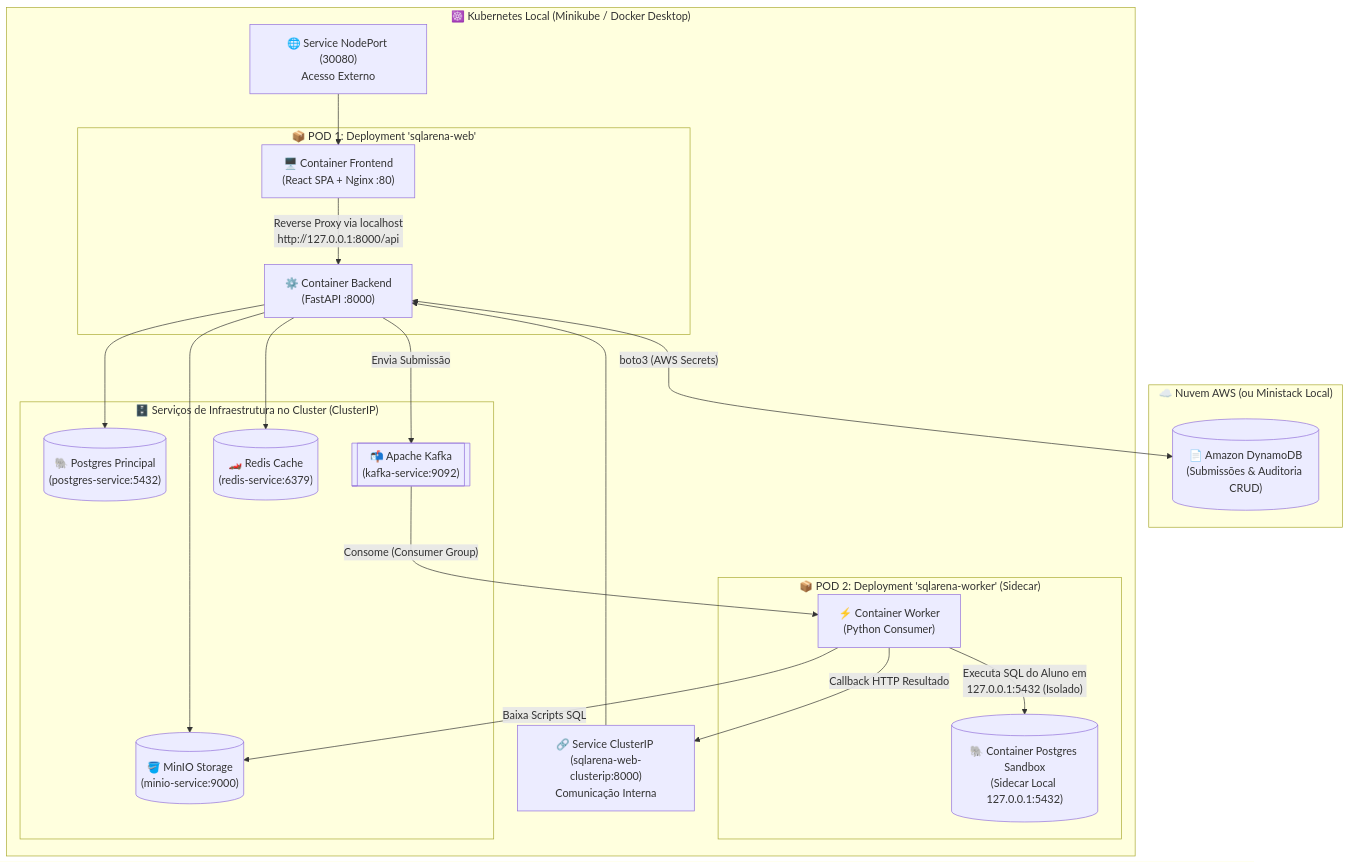
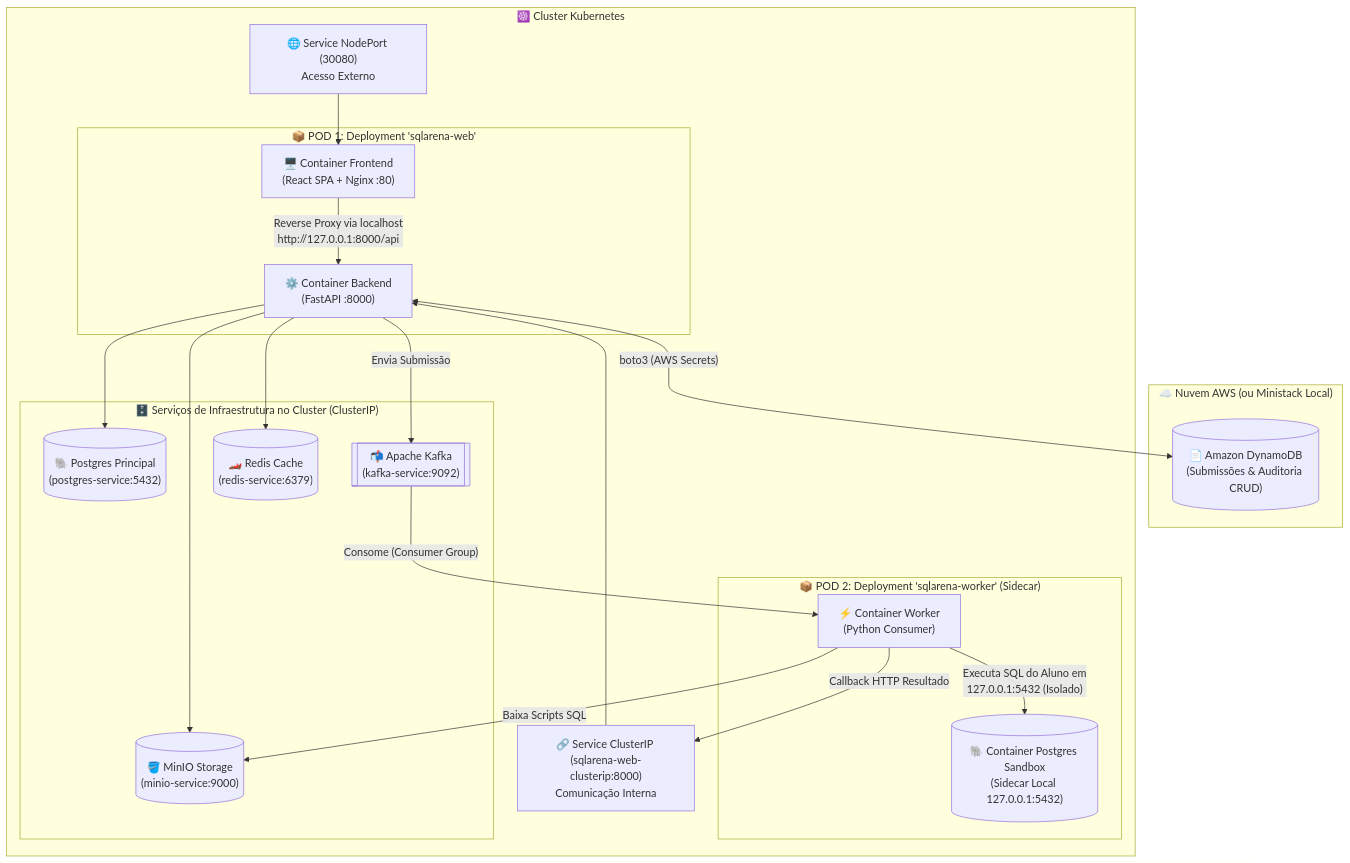
Before and after one commit to ggustavo/SQLArena: the diagram in README.md, drawn with Mermaid. The commit also changed other lines of this file and 4 other files, not shown here.

````diff
--- a/README.md
+++ b/README.md
@@ -220,42 +220,42 @@
 ```mermaid
 flowchart TB
     subgraph NuvemAWS["☁️ Nuvem AWS (ou Ministack Local)"]
         Dynamo[("📄 Amazon DynamoDB\n(Submissões & Auditoria CRUD)")]
     end
 
-    subgraph ClusterK8s["☸️ Kubernetes Local (Minikube / Docker Desktop)"]
+    subgraph ClusterK8s["☸️ Cluster Kubernetes"]
         NP["🌐 Service NodePort (30080)\nAcesso Externo"]
         CIP["🔗 Service ClusterIP (sqlarena-web-clusterip:8000)\nComunicação Interna"]
 
         subgraph PodWeb["📦 POD 1: Deployment 'sqlarena-web'"]
             FE["🖥️ Container Frontend\n(React SPA + Nginx :80)"]
             BE["⚙️ Container Backend\n(FastAPI :8000)"]
             FE -- "Reverse Proxy via localhost\nhttp://127.0.0.1:8000/api" --> BE
         end
 
         subgraph PodWorker["📦 POD 2: Deployment 'sqlarena-worker' (Sidecar)"]
             WK["⚡ Container Worker\n(Python Consumer)"]
             PGSB[("🐘 Container Postgres Sandbox\n(Sidecar Local 127.0.0.1:5432)")]
             WK -- "Executa SQL do Aluno em\n127.0.0.1:5432 (Isolado)" --> PGSB
         end
 
         subgraph ServicosDados["🗄️ Serviços de Infraestrutura no Cluster (ClusterIP)"]
             PGMain[("🐘 Postgres Principal\n(postgres-service:5432)")]
             MinIO[("🪣 MinIO Storage\n(minio-service:9000)")]
             Kafka[["📬 Apache Kafka\n(kafka-service:9092)"]]
             Redis[("🏎️ Redis Cache\n(redis-service:6379)")]
         end
 
         NP --> FE
         BE --> PGMain
         BE --> Redis
         BE --> MinIO
         BE -- "Envia Submissão" --> Kafka
         Kafka -- "Consome (Consumer Group)" --> WK
         WK -- "Baixa Scripts SQL" --> MinIO
         WK -- "Callback HTTP Resultado" --> CIP
         CIP --> BE
     end
 
     BE <-->|"boto3 (AWS Secrets)"| Dynamo
 ```
````
